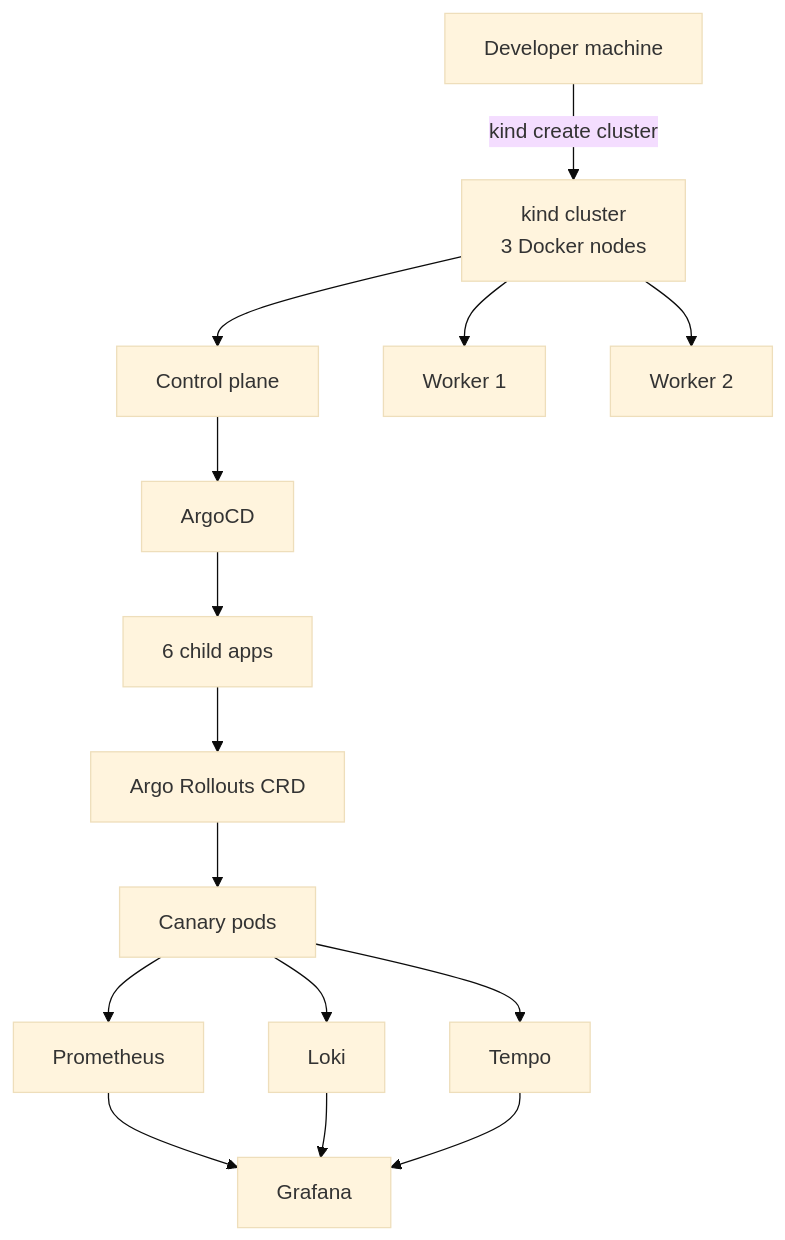
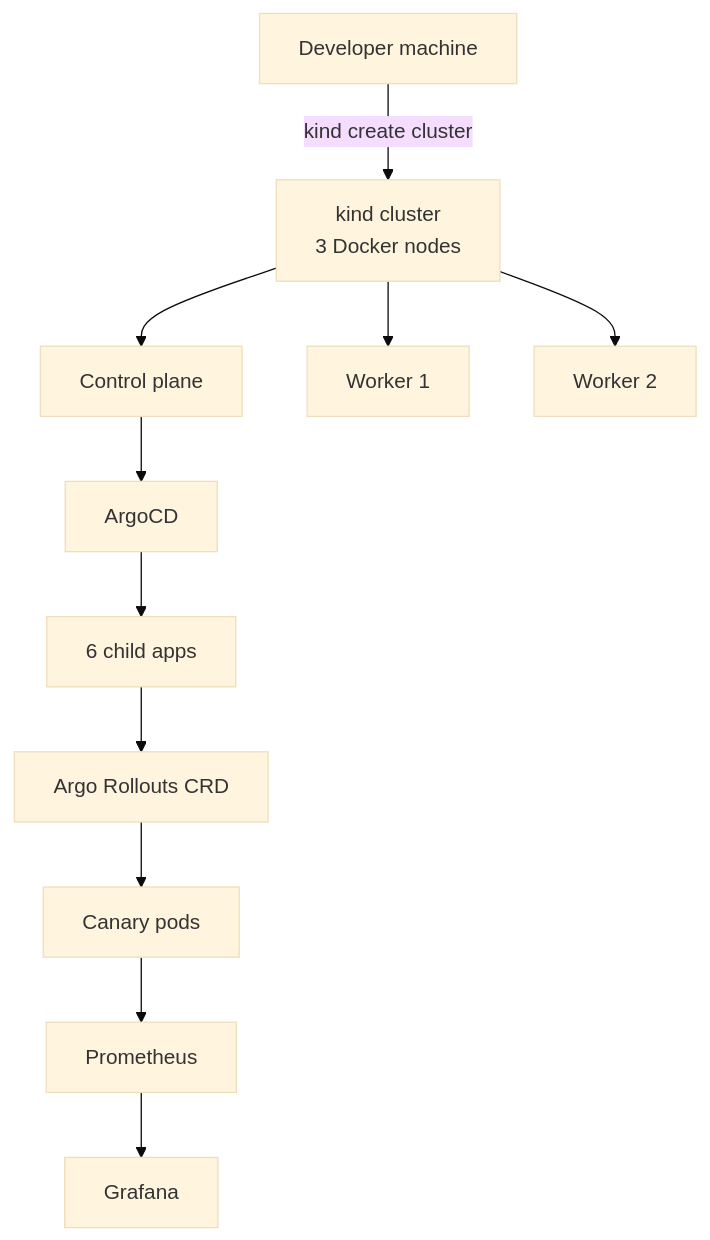
Before and after one commit to ykstorm/devops-showcase: the diagram in README.md, drawn with Mermaid (base theme). The commit also changed other lines of this file and 11 other files, not shown here.

````diff
--- a/README.md
+++ b/README.md
@@ -80,17 +85,13 @@
 ```mermaid
 graph TD
     Dev[Developer machine] -->|kind create cluster| Kind[kind cluster<br/>3 Docker nodes]
     Kind --> CP[Control plane]
     Kind --> W1[Worker 1]
     Kind --> W2[Worker 2]
     CP --> Argo[ArgoCD]
     Argo --> Apps[6 child apps]
     Apps --> Rollout[Argo Rollouts CRD]
     Rollout --> Pods[Canary pods]
     Pods --> Prom[Prometheus]
-    Pods --> LokiL[Loki]
-    Pods --> TempoT[Tempo]
     Prom --> Graf[Grafana]
-    LokiL --> Graf
-    TempoT --> Graf
 ```
````
